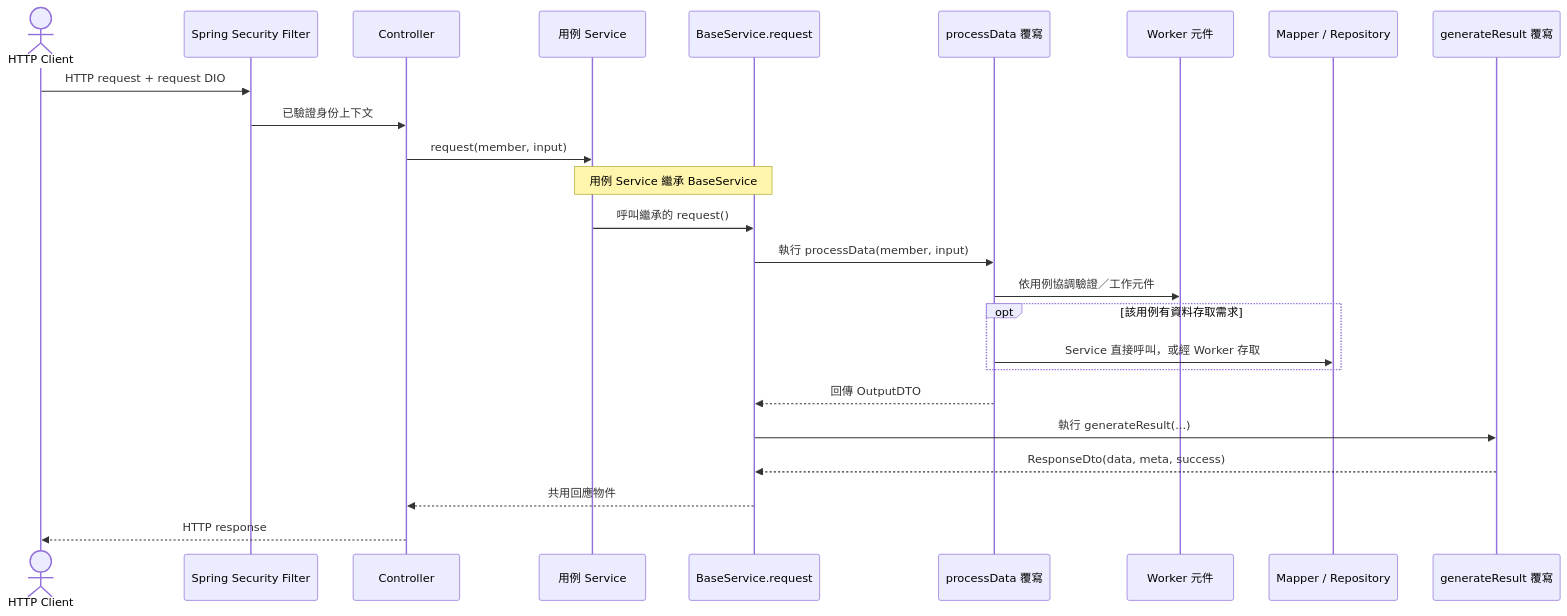
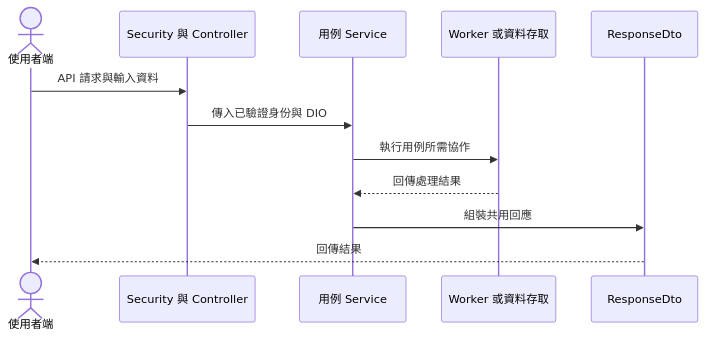
One commit to highhao/insurance-saas-platform changed the diagram in docs/workflow.md. Above: the diagram before and after it, drawn with Mermaid. The commit also changed other lines of this file and 2 other files, not shown here.

Commit message:
Simplify portfolio diagrams and documentation

````diff
--- a/docs/workflow.md
+++ b/docs/workflow.md
@@ -5,28 +3,15 @@
 ```mermaid
 sequenceDiagram
-    actor Client as HTTP Client
-    participant Filter as Spring Security Filter
-    participant Controller
+    actor Client as 使用者端
+    participant API as Security 與 Controller
     participant Service as 用例 Service
-    participant Base as BaseService.request
-    participant Process as processData 覆寫
-    participant Worker as Worker 元件
-    participant Store as Mapper / Repository
-    participant Build as generateResult 覆寫
+    participant Worker as Worker 或資料存取
+    participant Response as ResponseDto
 
-    Client->>Filter: HTTP request + request DIO
-    Filter->>Controller: 已驗證身份上下文
-    Controller->>Service: request(member, input)
-    Note over Service,Base: 用例 Service 繼承 BaseService
-    Service->>Base: 呼叫繼承的 request()
-    Base->>Process: 執行 processData(member, input)
-    Process->>Worker: 依用例協調驗證／工作元件
-    opt 該用例有資料存取需求
-        Process->>Store: Service 直接呼叫，或經 Worker 存取
-    end
-    Process-->>Base: 回傳 OutputDTO
-    Base->>Build: 執行 generateResult(...)
-    Build-->>Base: ResponseDto(data, meta, success)
-    Base-->>Controller: 共用回應物件
-    Controller-->>Client: HTTP response
+    Client->>API: API 請求與輸入資料
+    API->>Service: 傳入已驗證身份與 DIO
+    Service->>Worker: 執行用例所需協作
+    Worker-->>Service: 回傳處理結果
+    Service->>Response: 組裝共用回應
+    Response-->>Client: 回傳結果
 ```
````
